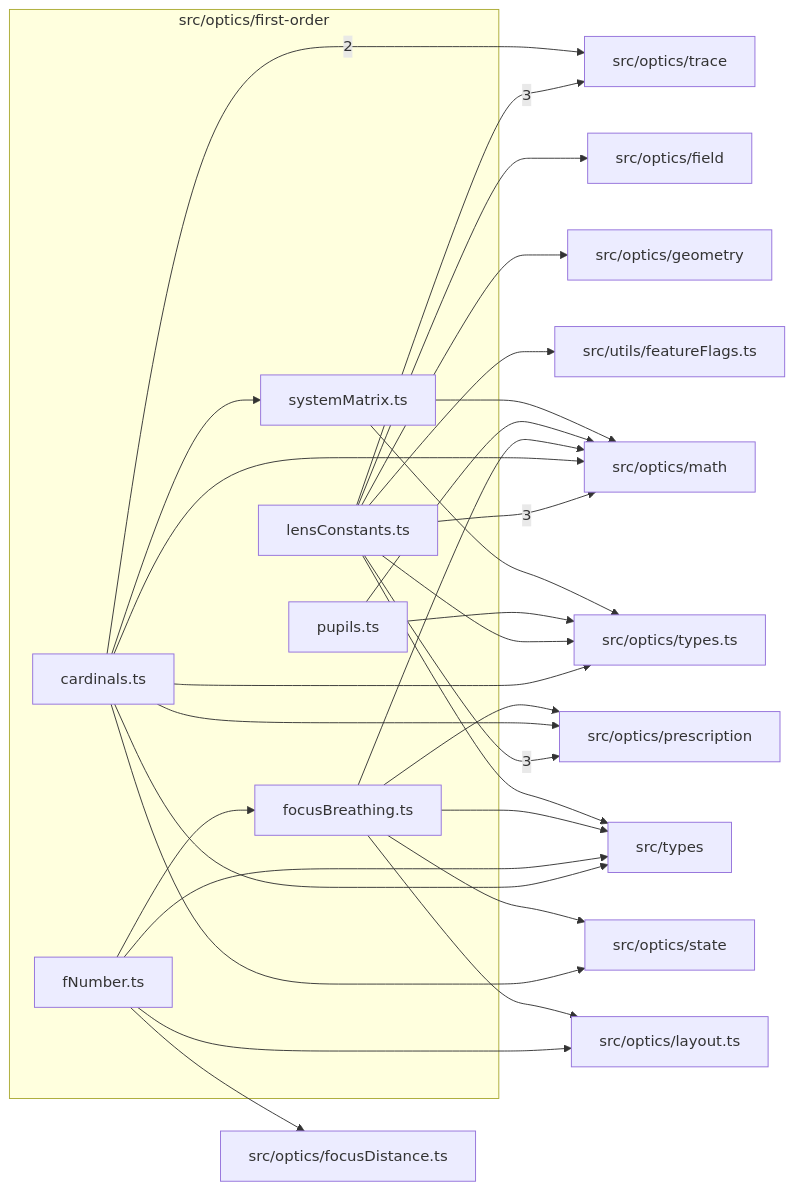
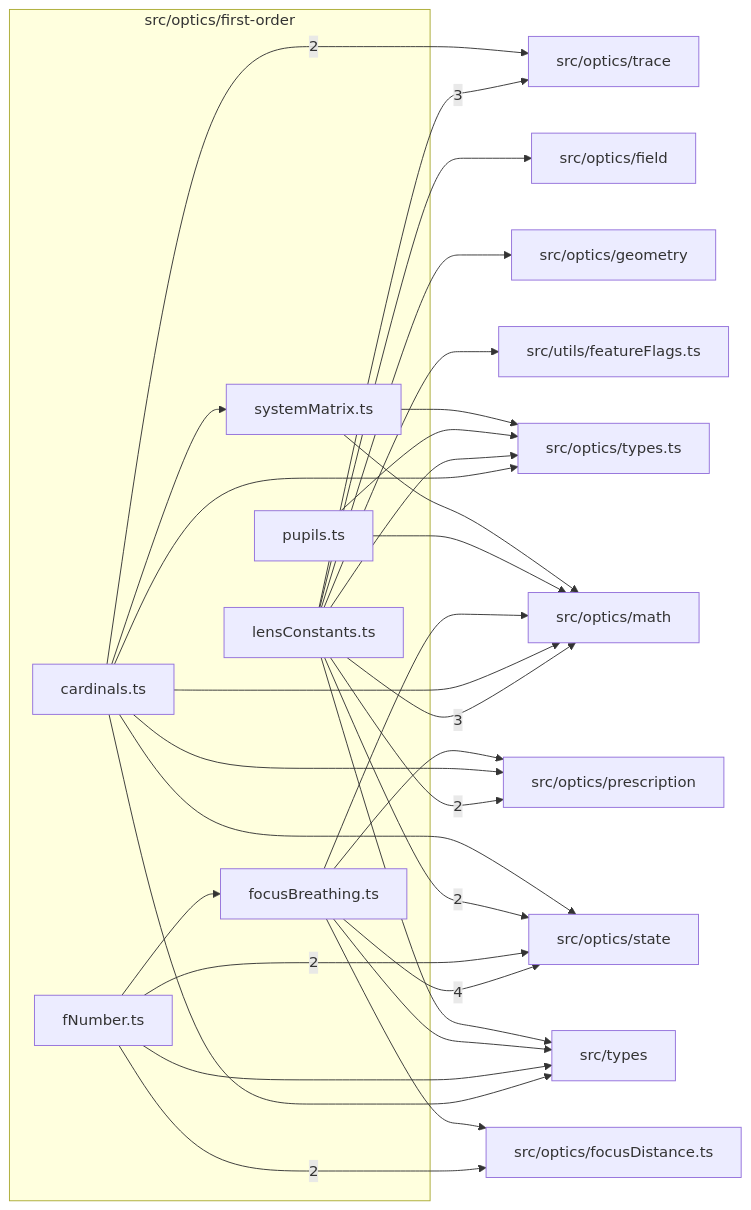
The diagram in src/optics/first-order/readme.md (ronbuening/LensVisualizer), drawn with Mermaid before and after one commit. The commit also changed other lines of this file and 40 other files, not shown here.

````diff
--- a/src/optics/first-order/readme.md
+++ b/src/optics/first-order/readme.md
@@ -9,50 +9,50 @@
 ```mermaid
 flowchart LR
   subgraph n_src_optics_first_order["src/optics/first-order"]
     n_src_optics_first_order_src_optics_first_order_cardinals_ts["cardinals.ts"]
     n_src_optics_first_order_src_optics_first_order_fNumber_ts["fNumber.ts"]
     n_src_optics_first_order_src_optics_first_order_focusBreathing_ts["focusBreathing.ts"]
     n_src_optics_first_order_src_optics_first_order_lensConstants_ts["lensConstants.ts"]
     n_src_optics_first_order_src_optics_first_order_pupils_ts["pupils.ts"]
     n_src_optics_first_order_src_optics_first_order_systemMatrix_ts["systemMatrix.ts"]
   end
+  n_external_src_optics_state["src/optics/state"]
   n_external_src_optics_math["src/optics/math"]
+  n_external_src_optics_trace["src/optics/trace"]
+  n_external_src_optics_focusDistance_ts["src/optics/focusDistance.ts"]
   n_external_src_optics_prescription["src/optics/prescription"]
-  n_external_src_optics_trace["src/optics/trace"]
   n_external_src_optics_field["src/optics/field"]
-  n_external_src_optics_focusDistance_ts["src/optics/focusDistance.ts"]
   n_external_src_optics_geometry["src/optics/geometry"]
-  n_external_src_optics_layout_ts["src/optics/layout.ts"]
-  n_external_src_optics_state["src/optics/state"]
   n_external_src_optics_types_ts["src/optics/types.ts"]
   n_external_src_types["src/types"]
   n_external_src_utils_featureFlags_ts["src/utils/featureFlags.ts"]
+  n_src_optics_first_order_src_optics_first_order_focusBreathing_ts --> |4| n_external_src_optics_state
   n_src_optics_first_order_src_optics_first_order_lensConstants_ts --> |3| n_external_src_optics_math
-  n_src_optics_first_order_src_optics_first_order_lensConstants_ts --> |3| n_external_src_optics_prescription
   n_src_optics_first_order_src_optics_first_order_lensConstants_ts --> |3| n_external_src_optics_trace
+  n_src_optics_first_order_src_optics_first_order_fNumber_ts --> |2| n_external_src_optics_focusDistance_ts
+  n_src_optics_first_order_src_optics_first_order_lensConstants_ts --> |2| n_external_src_optics_prescription
+  n_src_optics_first_order_src_optics_first_order_fNumber_ts --> |2| n_external_src_optics_state
+  n_src_optics_first_order_src_optics_first_order_lensConstants_ts --> |2| n_external_src_optics_state
   n_src_optics_first_order_src_optics_first_order_cardinals_ts --> |2| n_external_src_optics_trace
   n_src_optics_first_order_src_optics_first_order_lensConstants_ts --> n_external_src_optics_field
-  n_src_optics_first_order_src_optics_first_order_fNumber_ts --> n_external_src_optics_focusDistance_ts
+  n_src_optics_first_order_src_optics_first_order_focusBreathing_ts --> n_external_src_optics_focusDistance_ts
   n_src_optics_first_order_src_optics_first_order_lensConstants_ts --> n_external_src_optics_geometry
-  n_src_optics_first_order_src_optics_first_order_fNumber_ts --> n_external_src_optics_layout_ts
-  n_src_optics_first_order_src_optics_first_order_focusBreathing_ts --> n_external_src_optics_layout_ts
   n_src_optics_first_order_src_optics_first_order_cardinals_ts --> n_external_src_optics_math
   n_src_optics_first_order_src_optics_first_order_focusBreathing_ts --> n_external_src_optics_math
   n_src_optics_first_order_src_optics_first_order_pupils_ts --> n_external_src_optics_math
   n_src_optics_first_order_src_optics_first_order_systemMatrix_ts --> n_external_src_optics_math
   n_src_optics_first_order_src_optics_first_order_cardinals_ts --> n_external_src_optics_prescription
   n_src_optics_first_order_src_optics_first_order_focusBreathing_ts --> n_external_src_optics_prescription
   n_src_optics_first_order_src_optics_first_order_cardinals_ts --> n_external_src_optics_state
-  n_src_optics_first_order_src_optics_first_order_focusBreathing_ts --> n_external_src_optics_state
   n_src_optics_first_order_src_optics_first_order_cardinals_ts --> n_external_src_optics_types_ts
   n_src_optics_first_order_src_optics_first_order_lensConstants_ts --> n_external_src_optics_types_ts
   n_src_optics_first_order_src_optics_first_order_pupils_ts --> n_external_src_optics_types_ts
   n_src_optics_first_order_src_optics_first_order_systemMatrix_ts --> n_external_src_optics_types_ts
   n_src_optics_first_order_src_optics_first_order_cardinals_ts --> n_external_src_types
   n_src_optics_first_order_src_optics_first_order_fNumber_ts --> n_external_src_types
   n_src_optics_first_order_src_optics_first_order_focusBreathing_ts --> n_external_src_types
   n_src_optics_first_order_src_optics_first_order_lensConstants_ts --> n_external_src_types
   n_src_optics_first_order_src_optics_first_order_lensConstants_ts --> n_external_src_utils_featureFlags_ts
   n_src_optics_first_order_src_optics_first_order_fNumber_ts --> n_src_optics_first_order_src_optics_first_order_focusBreathing_ts
   n_src_optics_first_order_src_optics_first_order_cardinals_ts --> n_src_optics_first_order_src_optics_first_order_systemMatrix_ts
 ```
````
